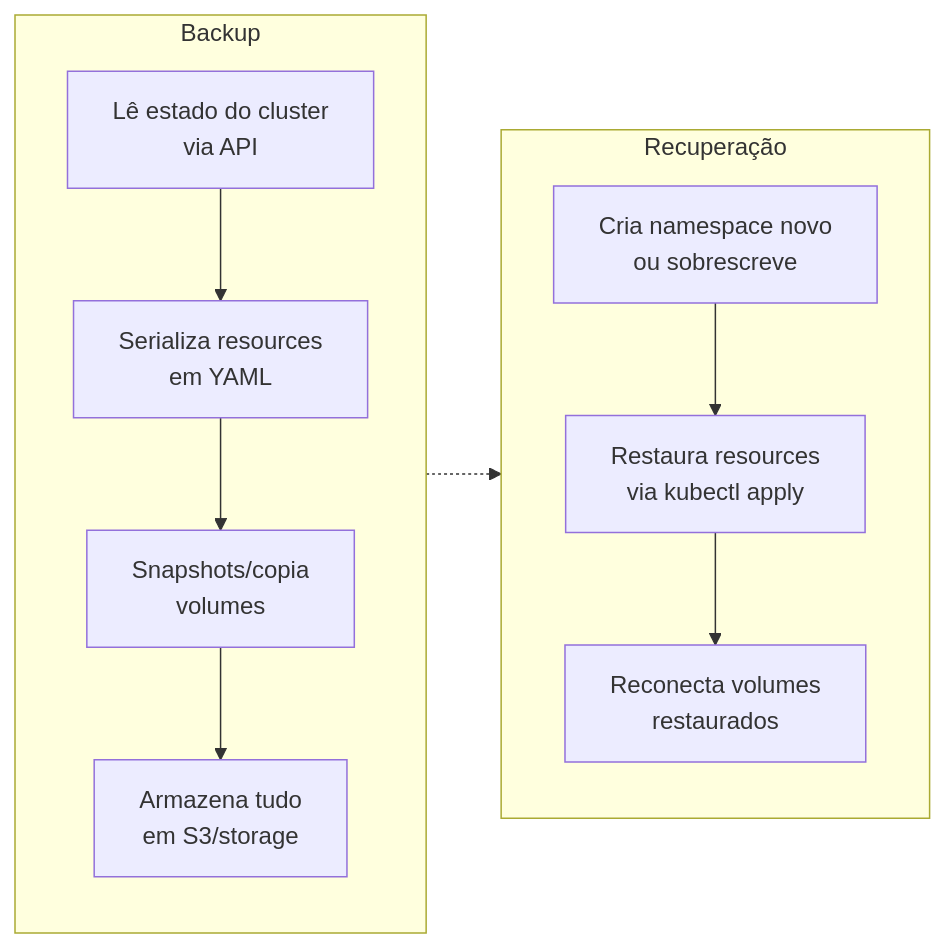
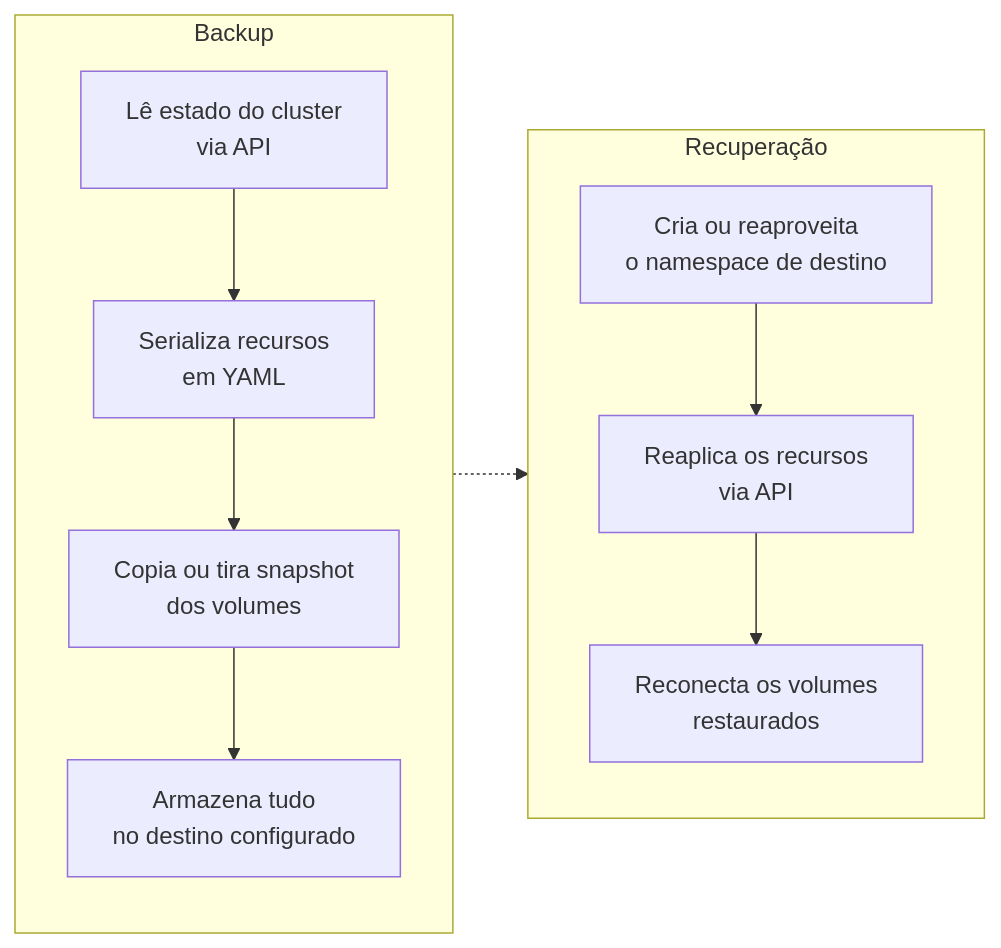
One commit to guesant/infrastructure-and-cluster-notebook changed the diagram in src/content/docs/learn/backup/velero-overview.md. Above: the diagram before and after it, drawn with Mermaid. The commit also changed other lines of this file and 134 other files, not shown here.

````diff
--- a/src/content/docs/learn/backup/velero-overview.md
+++ b/src/content/docs/learn/backup/velero-overview.md
@@ -19,19 +14,19 @@
 ```mermaid
 graph LR
     subgraph Backup["Backup"]
         A["Lê estado do cluster<br/>via API"]
-        B["Serializa resources<br/>em YAML"]
-        C["Snapshots/copia<br/>volumes"]
-        D["Armazena tudo<br/>em S3/storage"]
+        B["Serializa recursos<br/>em YAML"]
+        C["Copia ou tira snapshot<br/>dos volumes"]
+        D["Armazena tudo<br/>no destino configurado"]
         A --> B --> C --> D
     end
-    
+
     subgraph Recovery["Recuperação"]
-        E["Cria namespace novo<br/>ou sobrescreve"]
-        F["Restaura resources<br/>via kubectl apply"]
-        G["Reconecta volumes<br/>restaurados"]
+        E["Cria ou reaproveita<br/>o namespace de destino"]
+        F["Reaplica os recursos<br/>via API"]
+        G["Reconecta os volumes<br/>restaurados"]
         E --> F --> G
     end
-    
+
     Backup -.-> Recovery
 ```
````
